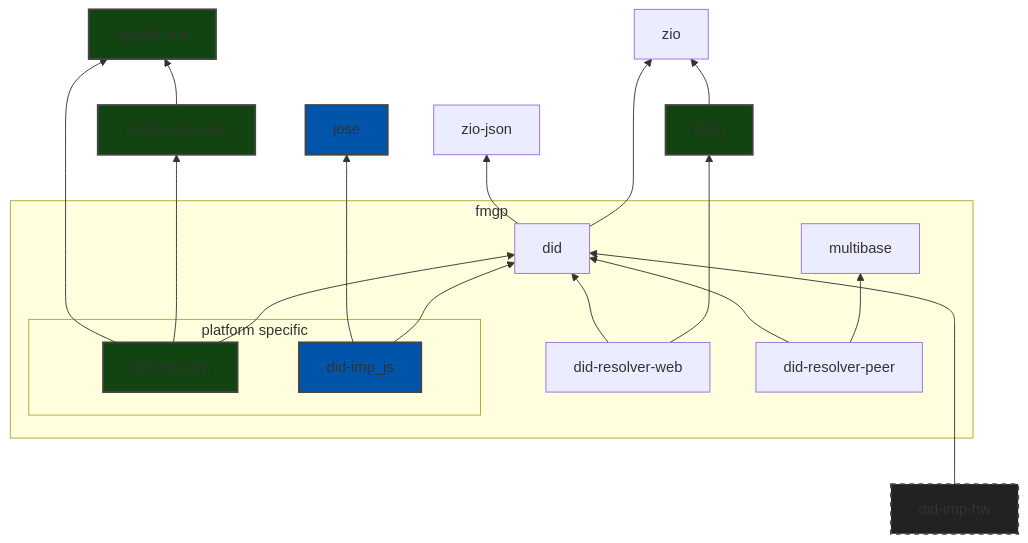
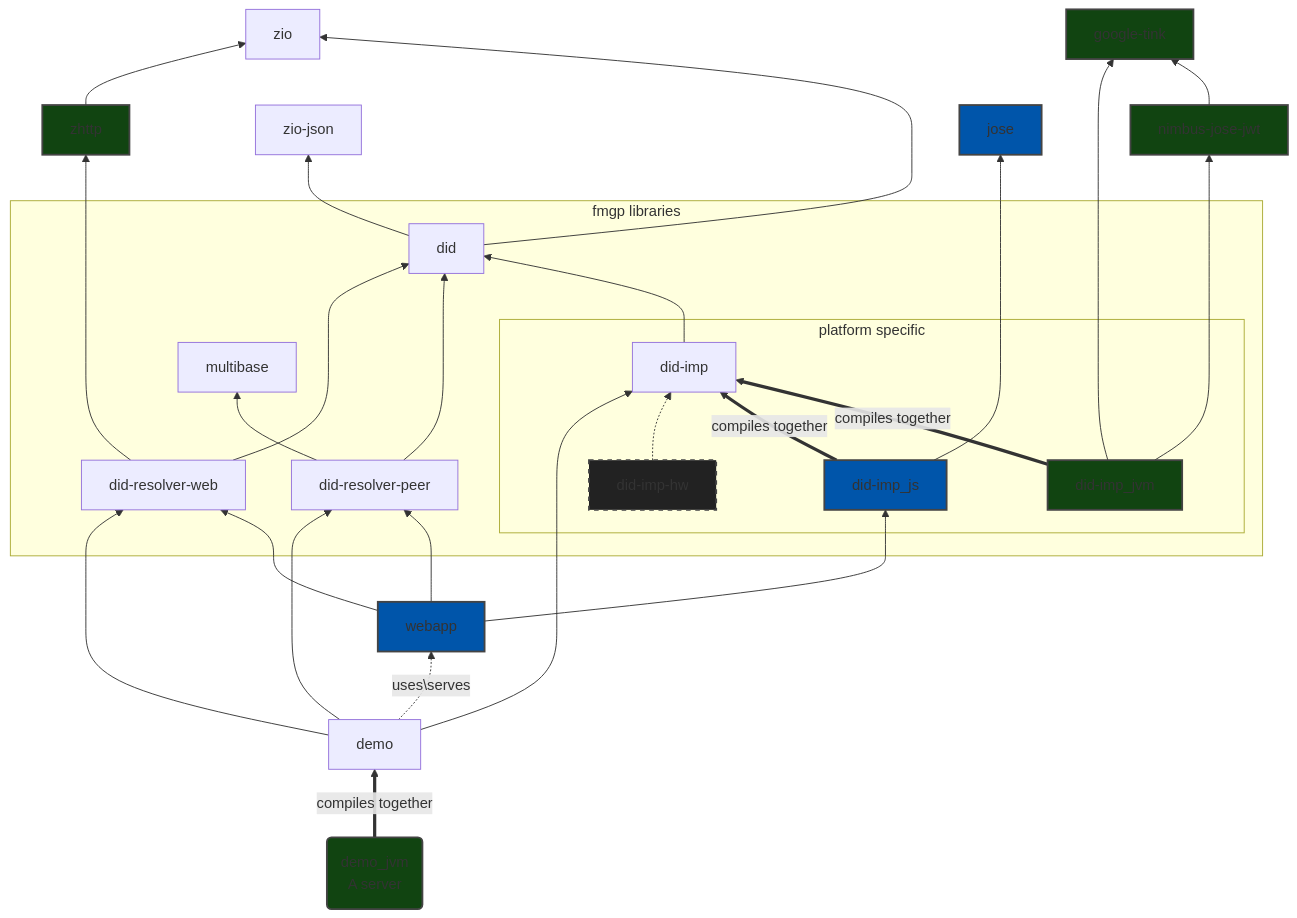
Before and after one commit to hyperledger/identus-mediator: the diagram in README.md, drawn with Mermaid. The commit also changed other lines of this file, not shown here.

Commit message:
Add info to main README.md

````diff
--- a/README.md
+++ b/README.md
@@ -12,35 +30,46 @@
 ```mermaid
 flowchart BT
 
   did --> zio
+  zhttp --> zio
   did --> zio-json
-  zhttp --> zio
 
-  did-resolver-web ---> zhttp:::JVM
-  did-imp-hw:::Others ---> did
+  did-resolver-web ----> zhttp:::JVM
 
-  subgraph fmgp
+  subgraph fmgp libraries
     subgraph platform specific
-      did-imp_jvm:::JVM
-      did-imp_js:::JS
+      did-imp
+      did-imp_jvm:::JVM ==>|compiles together| did-imp
+      did-imp_js:::JS ==>|compiles together| did-imp
+      did-imp-hw:::Others -.-> did-imp
     end
-
-    did-imp_jvm:::JVM --> did
-    did-imp_js:::JS --> did
+    did-imp --> did
+    %% did-imp_jvm:::JVM --> did
+    %% did-imp_js:::JS --> did
     
     did-resolver-peer --> multibase
     did-resolver-peer --> did
     did-resolver-web --> did
   end
   
-  did-imp_jvm:::JVM ---> nimbus-jose-jwt:::JVM --> google-tink:::JVM
+  did-imp_jvm:::JVM ----> nimbus-jose-jwt:::JVM --> google-tink:::JVM
   did-imp_jvm:::JVM ---> google-tink
 
-  did-imp_js ---> jose:::JS
+  did-imp_js ----> jose:::JS
 
+  %% subgraph demo/docs
+    webapp:::JS --> did-imp_js
+    webapp:::JS  --> did-resolver-web
+    webapp:::JS  --> did-resolver-peer
+    demo --> did-resolver-web
+    demo --> did-resolver-peer
+    demo --> did-imp 
+    demo -.->|uses\serves| webapp
+    demo_jvm(demo_jvm\nA server):::JVM ==>|compiles together| demo
+  %% end
 
   classDef JVM fill:#141,stroke:#444,stroke-width:2px;
   classDef JS fill:#05a,stroke:#444,stroke-width:2px;
   classDef Others fill:#222,stroke:#444,stroke-width:2px,stroke-dasharray: 5 5;
 
 ```
````
